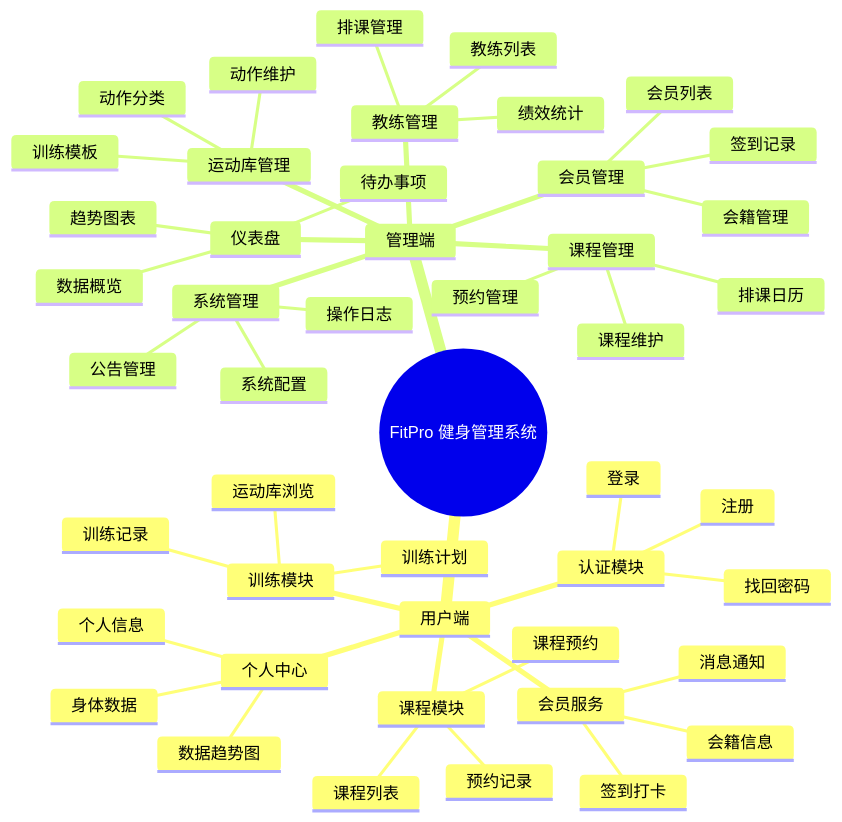
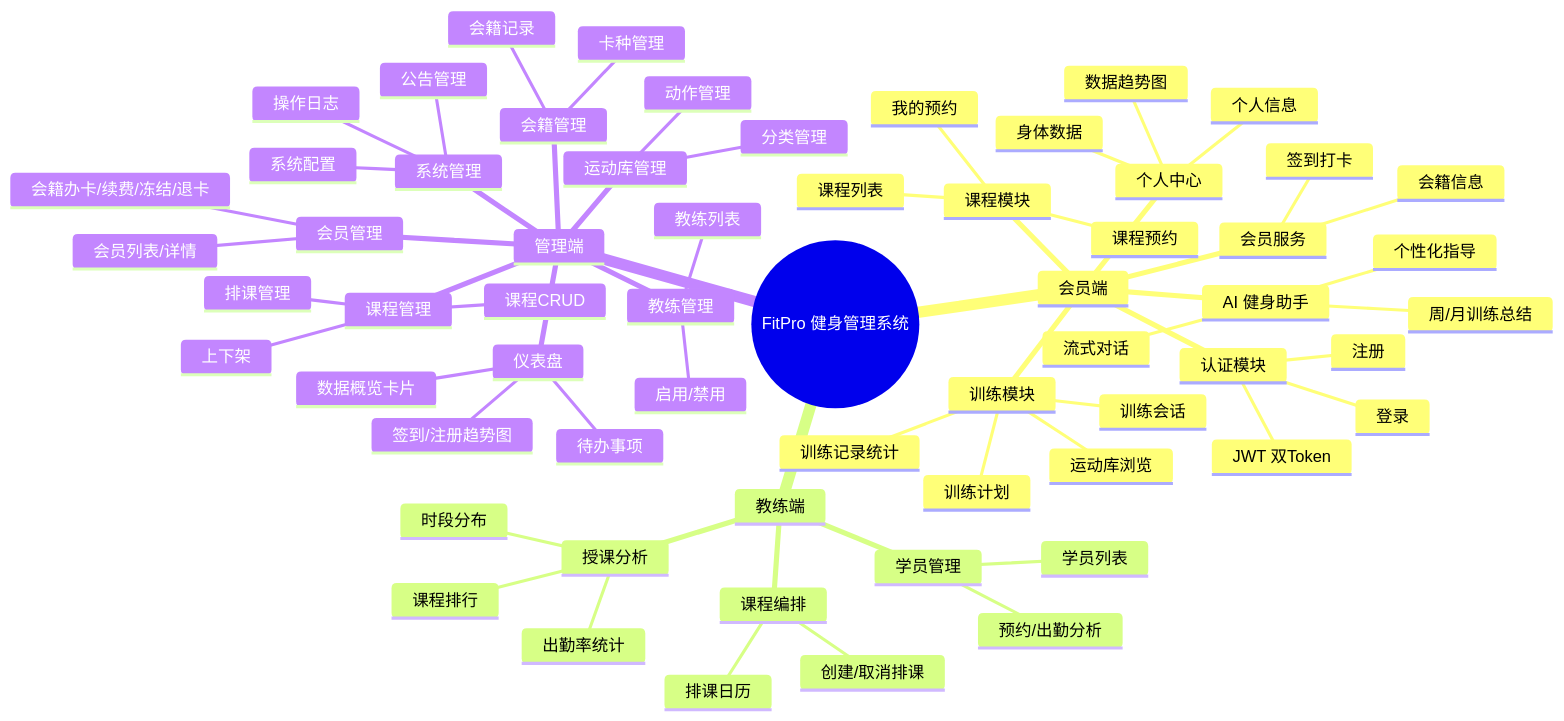
One commit to CSANLIN/FitPro changed the first of 2 diagrams in requirements_and_tech_spec.md. Above: the diagram before and after it, drawn with Mermaid. The commit also changed other lines of this file and 121 other files, not shown here.

````diff
--- a/requirements_and_tech_spec.md
+++ b/requirements_and_tech_spec.md
@@ -40,50 +42,65 @@
 ```mermaid
 mindmap
   root((FitPro 健身管理系统))
-    用户端
+    会员端
       认证模块
         注册
         登录
-        找回密码
+        JWT 双Token
       个人中心
         个人信息
         身体数据
         数据趋势图
       训练模块
         训练计划
-        训练记录
+        训练会话
+        训练记录统计
         运动库浏览
       课程模块
         课程列表
         课程预约
-        预约记录
+        我的预约
       会员服务
         会籍信息
         签到打卡
-        消息通知
+      AI 健身助手
+        流式对话
+        个性化指导
+        周/月训练总结
+    教练端
+      课程编排
+        排课日历
+        创建/取消排课
+      授课分析
+        出勤率统计
+        时段分布
+        课程排行
+      学员管理
+        学员列表
+        预约/出勤分析
     管理端
       仪表盘
-        数据概览
-        趋势图表
+        数据概览卡片
+        签到/注册趋势图
         待办事项
       会员管理
-        会员列表
-        会籍管理
-        签到记录
+        会员列表/详情
+        会籍办卡/续费/冻结/退卡
       教练管理
         教练列表
+        启用/禁用
+      课程管理
+        课程CRUD
+        上下架
         排课管理
-        绩效统计
-      课程管理
-        课程维护
-        排课日历
-        预约管理
       运动库管理
-        动作分类
-        动作维护
-        训练模板
+        分类管理
+        动作管理
+      会籍管理
+        卡种管理
+        会籍记录
       系统管理
         公告管理
+        操作日志
         系统配置
-        操作日志
 ```
````
